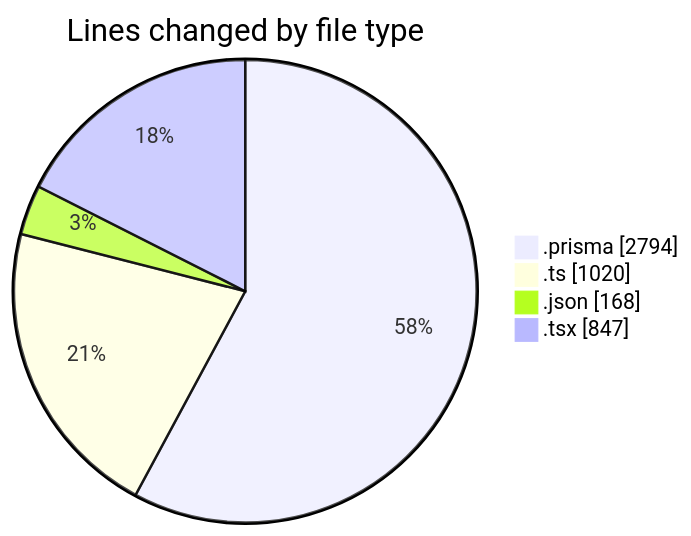
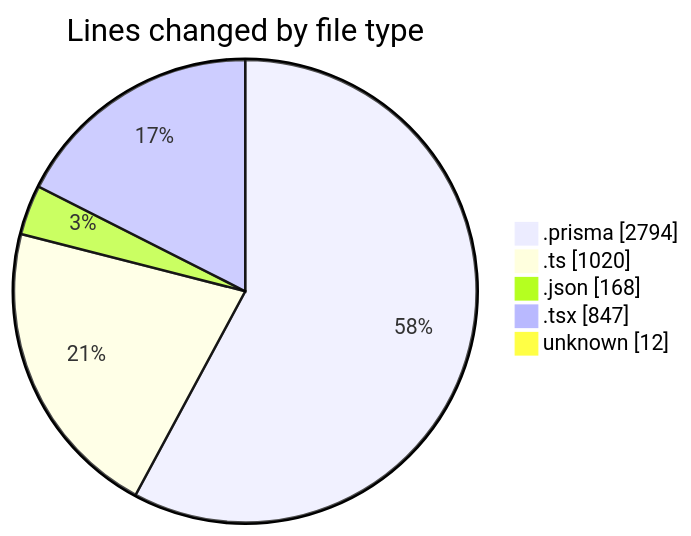
The first of 2 diagrams in 2025-05-01/ecodeli/README.md (CELIANVF/code-tracking), drawn with Mermaid before and after one commit. The commit also changed other lines of this file and 1 other file, not shown here.

````diff
--- a/2025-05-01/ecodeli/README.md
+++ b/2025-05-01/ecodeli/README.md
@@ -29,8 +30,9 @@
 ```mermaid
 pie showData
 title Lines changed by file type
 ".prisma" : 2794
 ".ts" : 1020
 ".json" : 168
 ".tsx" : 847
+"unknown" : 12
 ```
````
